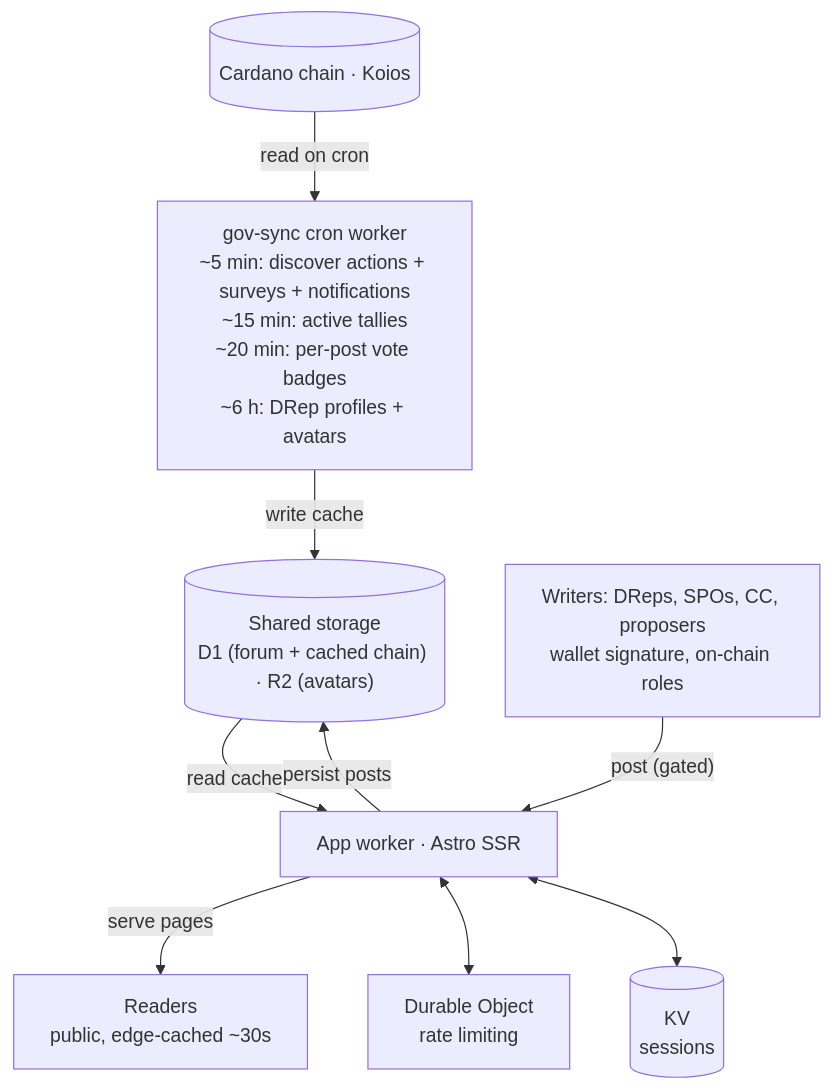
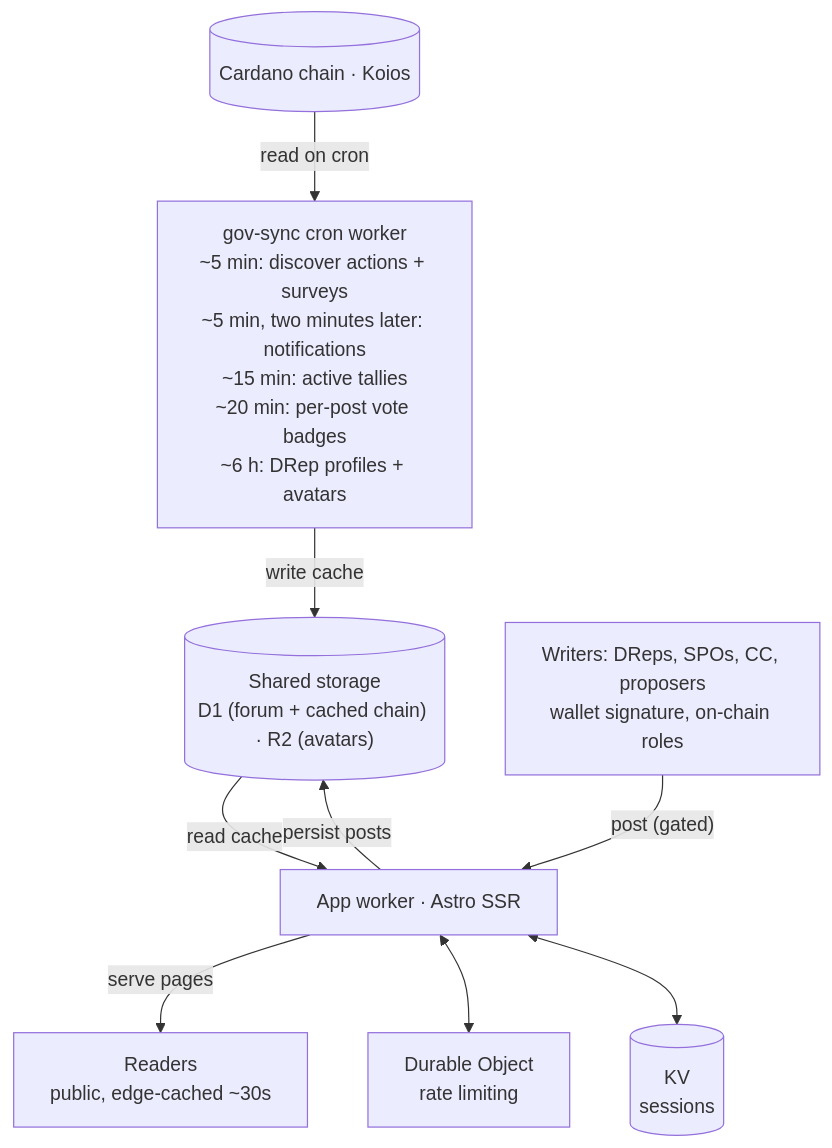
The diagram in README.md (katomm/dreptalk.com), drawn with Mermaid before and after one commit. The commit also changed 62 other files, not shown here.

````diff
--- a/README.md
+++ b/README.md
@@ -57,20 +57,20 @@
 ```mermaid
 flowchart TB
     chain[("Cardano chain · Koios")]
-    cron["gov-sync cron worker<br/>~5 min: discover actions + surveys + notifications<br/>~15 min: active tallies<br/>~20 min: per-post vote badges<br/>~6 h: DRep profiles + avatars"]
+    cron["gov-sync cron worker<br/>~5 min: discover actions + surveys<br/>~5 min, two minutes later: notifications<br/>~15 min: active tallies<br/>~20 min: per-post vote badges<br/>~6 h: DRep profiles + avatars"]
     store[("Shared storage<br/>D1 (forum + cached chain) · R2 (avatars)")]
     app["App worker · Astro SSR"]
     do["Durable Object<br/>rate limiting"]
     kv[("KV<br/>sessions")]
     readers["Readers<br/>public, edge-cached ~30s"]
     writers["Writers: DReps, SPOs, CC, proposers<br/>wallet signature, on-chain roles"]
 
     chain -- "read on cron" --> cron
     cron -- "write cache" --> store
     store -- "read cache" --> app
     app -- "persist posts" --> store
     writers -- "post (gated)" --> app
     app -- "serve pages" --> readers
     app <--> do
     app <--> kv
 ```
````
